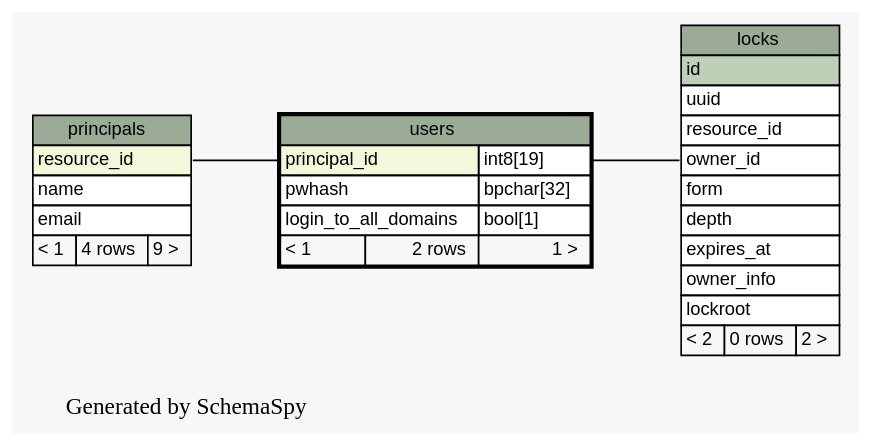
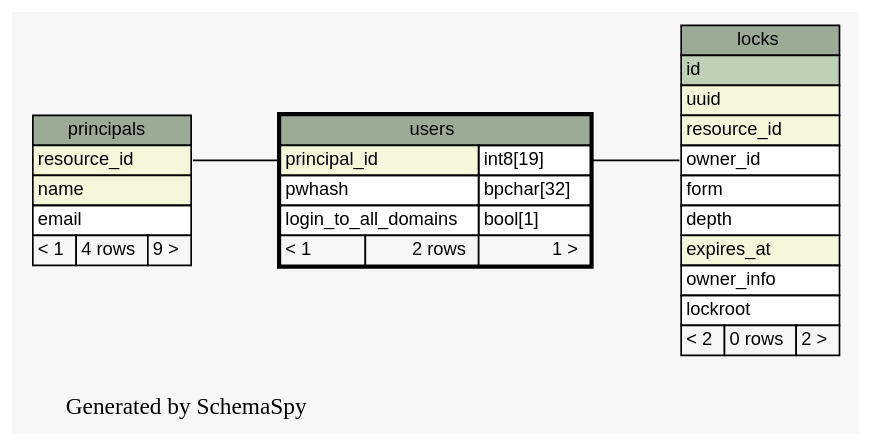
Before and after one commit to tolsen/limestone: the diagram in limestone/doc/schemaSpy/graphs/users.1degree.dot, drawn with Graphviz. The commit also changed 156 other files, not shown here.

Commit message:
update limestone schemaSpy

```diff
--- a/limestone/doc/schemaSpy/graphs/users.1degree.dot
+++ b/limestone/doc/schemaSpy/graphs/users.1degree.dot
@@ -1,61 +1,61 @@
-// dot 2.20.2 on Linux 2.6.25-2-amd64
+// dot 2.20.2 on Linux 2.6.28-1-amd64
 digraph "oneDegreeRelationshipsGraph" {
   graph [
     rankdir="RL"
     bgcolor="#f7f7f7"
     label="\nGenerated by SchemaSpy"
     labeljust="l"
   ];
   node [
     fontname="Helvetica"
     fontsize="11"
     shape="plaintext"
   ];
   edge [
     arrowsize="0.8"
   ];
   "locks":"owner_id":w -> "users":"principal_id.type":e [arrowtail=crowtee arrowhead=none];
   "users":"principal_id":w -> "principals":"resource_id":e [arrowtail=tee arrowhead=none];
   "locks" [
     label=<
     <TABLE BORDER="0" CELLBORDER="1" CELLSPACING="0" BGCOLOR="#ffffff">
       <TR><TD PORT="locks.heading" COLSPAN="3" BGCOLOR="#9bab96" ALIGN="CENTER">locks</TD></TR>
       <TR><TD PORT="id" COLSPAN="3" BGCOLOR="#bed1b8" ALIGN="LEFT">id</TD></TR>
-      <TR><TD PORT="uuid" COLSPAN="3" ALIGN="LEFT">uuid</TD></TR>
-      <TR><TD PORT="resource_id" COLSPAN="3" ALIGN="LEFT">resource_id</TD></TR>
+      <TR><TD PORT="uuid" COLSPAN="3" BGCOLOR="#f4f7da" ALIGN="LEFT">uuid</TD></TR>
+      <TR><TD PORT="resource_id" COLSPAN="3" BGCOLOR="#f4f7da" ALIGN="LEFT">resource_id</TD></TR>
       <TR><TD PORT="owner_id" COLSPAN="3" ALIGN="LEFT">owner_id</TD></TR>
       <TR><TD PORT="form" COLSPAN="3" ALIGN="LEFT">form</TD></TR>
       <TR><TD PORT="depth" COLSPAN="3" ALIGN="LEFT">depth</TD></TR>
-      <TR><TD PORT="expires_at" COLSPAN="3" ALIGN="LEFT">expires_at</TD></TR>
+      <TR><TD PORT="expires_at" COLSPAN="3" BGCOLOR="#f4f7da" ALIGN="LEFT">expires_at</TD></TR>
       <TR><TD PORT="owner_info" COLSPAN="3" ALIGN="LEFT">owner_info</TD></TR>
       <TR><TD PORT="lockroot" COLSPAN="3" ALIGN="LEFT">lockroot</TD></TR>
       <TR><TD ALIGN="LEFT" BGCOLOR="#f7f7f7">&lt; 2</TD><TD ALIGN="RIGHT" BGCOLOR="#f7f7f7">0 rows</TD><TD ALIGN="RIGHT" BGCOLOR="#f7f7f7">2 &gt;</TD></TR>
     </TABLE>>
     URL="locks.html#graph"
     tooltip="locks"
   ];
   "principals" [
     label=<
     <TABLE BORDER="0" CELLBORDER="1" CELLSPACING="0" BGCOLOR="#ffffff">
       <TR><TD PORT="principals.heading" COLSPAN="3" BGCOLOR="#9bab96" ALIGN="CENTER">principals</TD></TR>
       <TR><TD PORT="resource_id" COLSPAN="3" BGCOLOR="#f4f7da" ALIGN="LEFT">resource_id</TD></TR>
-      <TR><TD PORT="name" COLSPAN="3" ALIGN="LEFT">name</TD></TR>
+      <TR><TD PORT="name" COLSPAN="3" BGCOLOR="#f4f7da" ALIGN="LEFT">name</TD></TR>
       <TR><TD PORT="email" COLSPAN="3" ALIGN="LEFT">email</TD></TR>
       <TR><TD ALIGN="LEFT" BGCOLOR="#f7f7f7">&lt; 1</TD><TD ALIGN="RIGHT" BGCOLOR="#f7f7f7">4 rows</TD><TD ALIGN="RIGHT" BGCOLOR="#f7f7f7">9 &gt;</TD></TR>
     </TABLE>>
     URL="principals.html#graph"
     tooltip="principals"
   ];
   "users" [
     label=<
     <TABLE BORDER="2" CELLBORDER="1" CELLSPACING="0" BGCOLOR="#ffffff">
       <TR><TD PORT="users.heading" COLSPAN="3" BGCOLOR="#9bab96" ALIGN="CENTER">users</TD></TR>
       <TR><TD PORT="principal_id" COLSPAN="2" BGCOLOR="#f4f7da" ALIGN="LEFT">principal_id</TD><TD PORT="principal_id.type" ALIGN="LEFT">int8[19]</TD></TR>
       <TR><TD PORT="pwhash" COLSPAN="2" ALIGN="LEFT">pwhash</TD><TD PORT="pwhash.type" ALIGN="LEFT">bpchar[32]</TD></TR>
       <TR><TD PORT="login_to_all_domains" COLSPAN="2" ALIGN="LEFT">login_to_all_domains</TD><TD PORT="login_to_all_domains.type" ALIGN="LEFT">bool[1]</TD></TR>
       <TR><TD ALIGN="LEFT" BGCOLOR="#f7f7f7">&lt; 1</TD><TD ALIGN="RIGHT" BGCOLOR="#f7f7f7">2 rows</TD><TD ALIGN="RIGHT" BGCOLOR="#f7f7f7">1 &gt;</TD></TR>
     </TABLE>>
     URL="users.html#"
     tooltip="users"
   ];
 }
```
